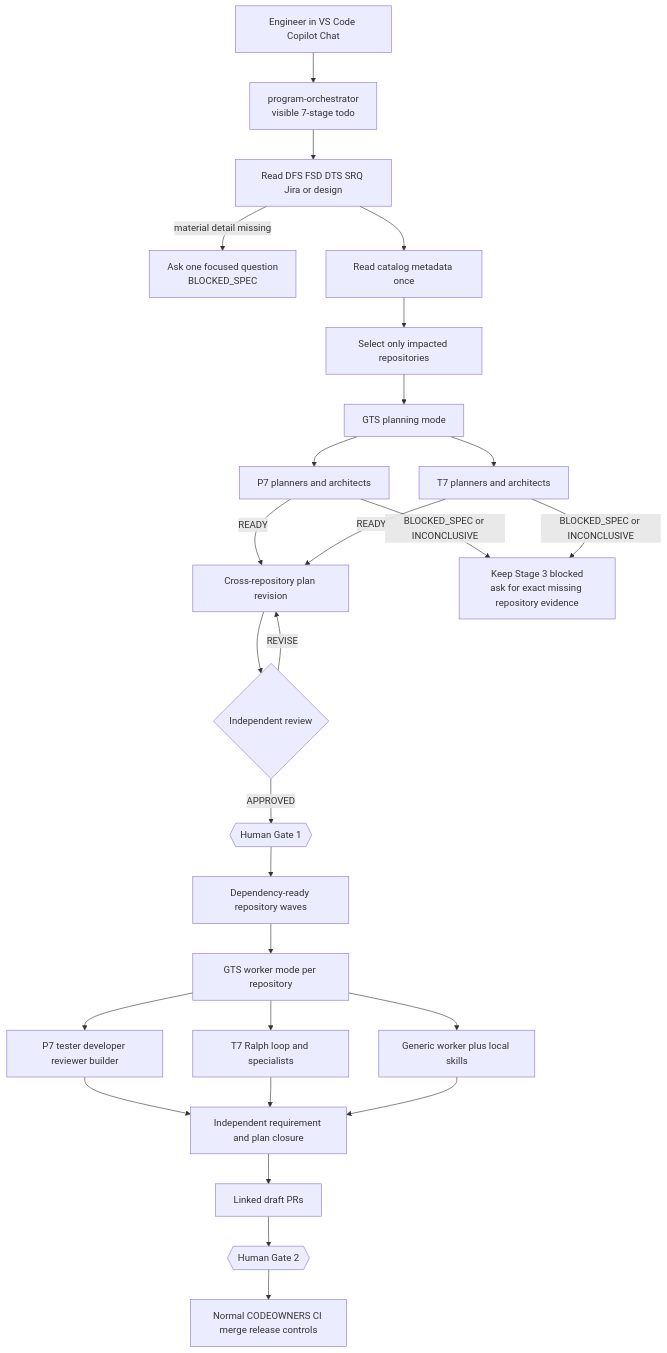
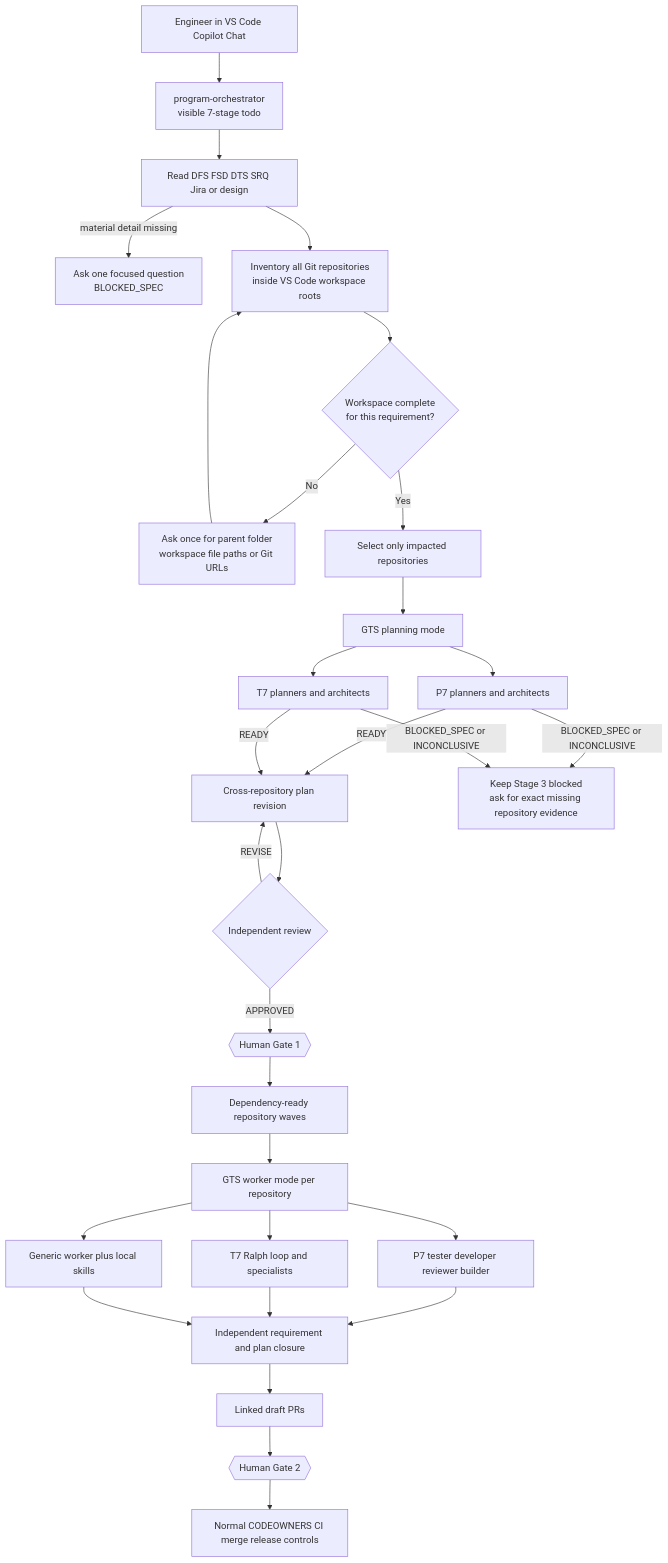
Before and after one commit to praveenkumar91/gts-ai-sdlc-control-center: the diagram in README.md, drawn with Mermaid. The commit also changed other lines of this file and 13 other files, not shown here.

Commit message:
refactor(orchestration): discover repositories from workspace

````diff
--- a/README.md
+++ b/README.md
@@ -76,29 +76,32 @@
 ```mermaid
 flowchart TD
     U[Engineer in VS Code Copilot Chat] --> P[program-orchestrator<br/>visible 7-stage todo]
     P --> R[Read DFS FSD DTS SRQ Jira or design]
     R -->|material detail missing| Q[Ask one focused question<br/>BLOCKED_SPEC]
-    R --> C[Read catalog metadata once]
-    C --> I[Select only impacted repositories]
+    R --> C[Inventory all Git repositories<br/>inside VS Code workspace roots]
+    C --> WC{Workspace complete<br/>for this requirement?}
+    WC -->|No| RL[Ask once for parent folder<br/>workspace file paths or Git URLs]
+    RL --> C
+    WC -->|Yes| I[Select only impacted repositories]
     I --> G1[GTS planning mode]
     G1 --> P7P[P7 planners and architects]
     G1 --> T7P[T7 planners and architects]
     P7P -->|READY| PLAN[Cross-repository plan revision]
     T7P -->|READY| PLAN
     P7P -->|BLOCKED_SPEC or INCONCLUSIVE| B[Keep Stage 3 blocked<br/>ask for exact missing repository evidence]
     T7P -->|BLOCKED_SPEC or INCONCLUSIVE| B
     PLAN --> REV{Independent review}
     REV -->|REVISE| PLAN
     REV -->|APPROVED| H1{{Human Gate 1}}
     H1 --> WAVES[Dependency-ready repository waves]
     WAVES --> G2[GTS worker mode per repository]
     G2 --> P7[P7 tester developer reviewer builder]
     G2 --> T7[T7 Ralph loop and specialists]
     G2 --> X[Generic worker plus local skills]
     P7 --> CLOSE[Independent requirement and plan closure]
     T7 --> CLOSE
     X --> CLOSE
     CLOSE --> PR[Linked draft PRs]
     PR --> H2{{Human Gate 2}}
     H2 --> GOV[Normal CODEOWNERS CI merge release controls]
 ```
````
